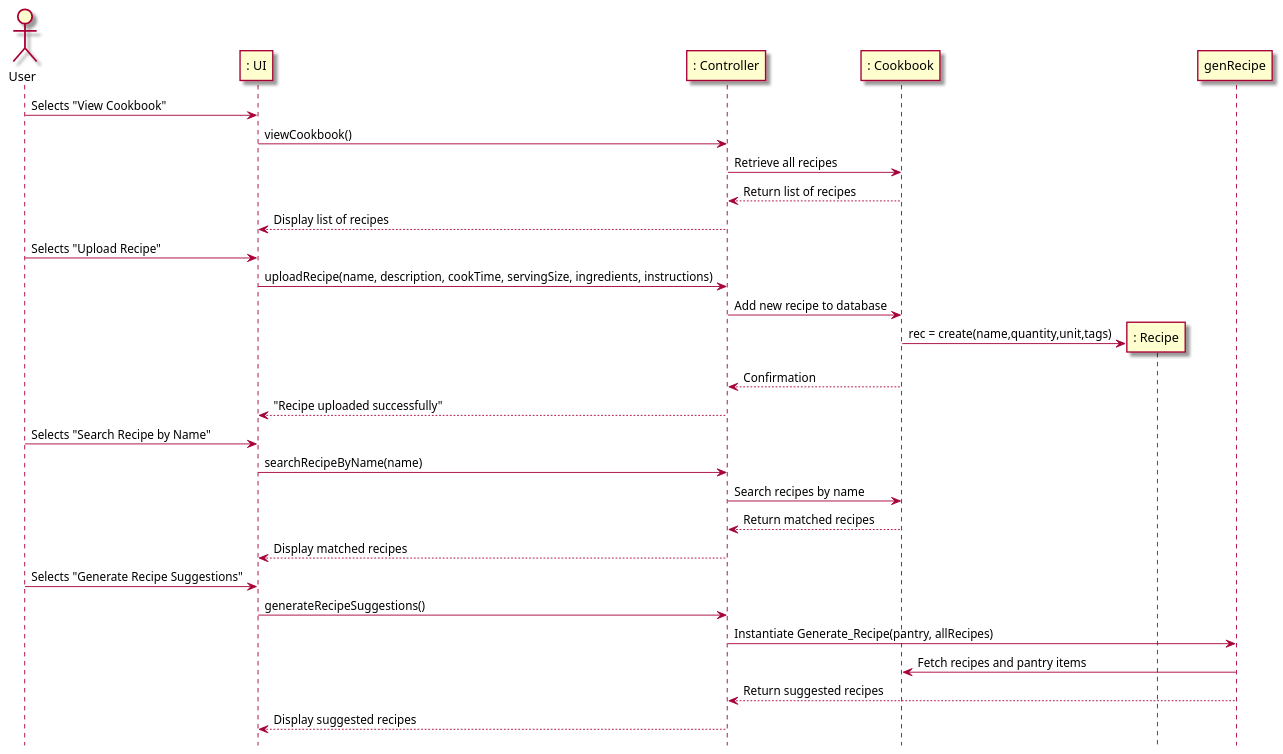
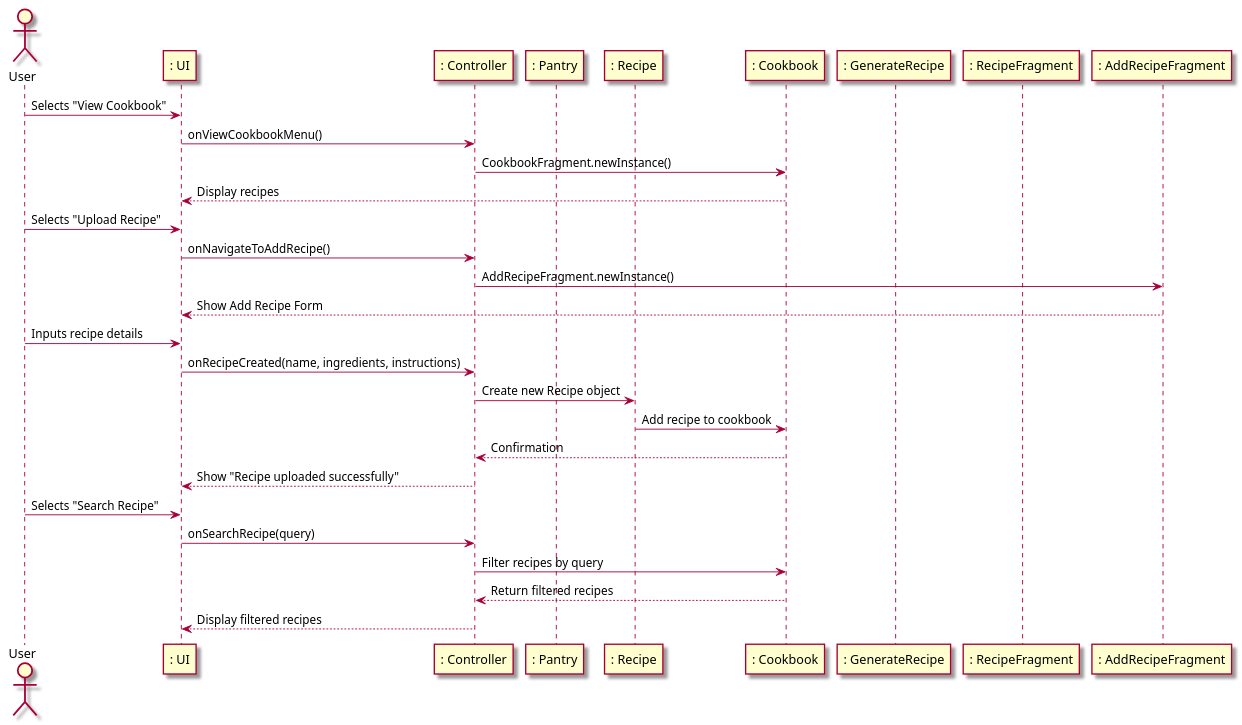
Before and after one commit to berthashipper/Pantry-Pal-Android-Application: the second of 2 diagrams in intellij/doc/use-cases/manage_recipes.md, drawn with PlantUML. The commit also changed other lines of this file and 11 other files, not shown here.

Commit message:
Updated sequence diagrams and workflows to reflect real code

`````diff
--- a/intellij/doc/use-cases/manage_recipes.md
+++ b/intellij/doc/use-cases/manage_recipes.md
@@ -73,42 +74,39 @@
 ```plantuml
 @startuml
 skin rose
 
-hide footbox
-
 actor User as user
 participant ": UI" as ui
-participant ": Controller"  as cont
-participant ": Cookbook" as cb
-participant ": Recipe" as rec
-
+participant ": Controller" as cont
+participant ": Pantry" as pantry
+participant ": Recipe" as recipe
+participant ": Cookbook" as cookbook
+participant ": GenerateRecipe" as genRecipe
+participant ": RecipeFragment" as recipeFragment
+participant ": AddRecipeFragment" as addRecipeFragment
 
 user -> ui : Selects "View Cookbook"
-ui -> cont : viewCookbook()
-cont -> cb : Retrieve all recipes
-cb --> cont : Return list of recipes
-cont --> ui : Display list of recipes
+ui -> cont : onViewCookbookMenu()
+cont -> cookbook : CookbookFragment.newInstance()
+cookbook --> ui : Display recipes
 
 user -> ui : Selects "Upload Recipe"
-ui -> cont : uploadRecipe(name, description, cookTime, servingSize, ingredients, instructions)
-cont -> cb : Add new recipe to database
-cb -> rec **: rec = create(name,quantity,unit,tags)
-cb --> cont : Confirmation
-cont --> ui : "Recipe uploaded successfully"
+ui -> cont : onNavigateToAddRecipe()
+cont -> addRecipeFragment : AddRecipeFragment.newInstance()
+addRecipeFragment --> ui : Show Add Recipe Form
 
-user -> ui : Selects "Search Recipe by Name"
-ui -> cont : searchRecipeByName(name)
-cont -> cb : Search recipes by name
-cb --> cont : Return matched recipes
-cont --> ui : Display matched recipes
+user -> ui : Inputs recipe details
+ui -> cont : onRecipeCreated(name, ingredients, instructions)
+cont -> recipe : Create new Recipe object
+recipe -> cookbook : Add recipe to cookbook
+cookbook --> cont : Confirmation
+cont --> ui : Show "Recipe uploaded successfully"
 
-user -> ui : Selects "Generate Recipe Suggestions"
-ui -> cont : generateRecipeSuggestions()
-cont -> genRecipe : Instantiate Generate_Recipe(pantry, allRecipes)
-genRecipe -> cb : Fetch recipes and pantry items
-genRecipe --> cont : Return suggested recipes
-cont --> ui : Display suggested recipes
-
+user -> ui : Selects "Search Recipe"
+ui -> cont : onSearchRecipe(query)
+cont -> cookbook : Filter recipes by query
+cookbook --> cont : Return filtered recipes
+cont --> ui : Display filtered recipes
 
 @enduml
 ````
`````
